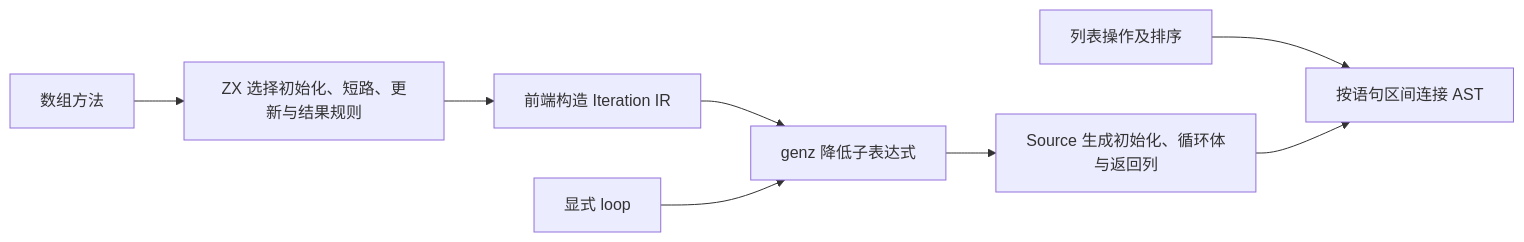
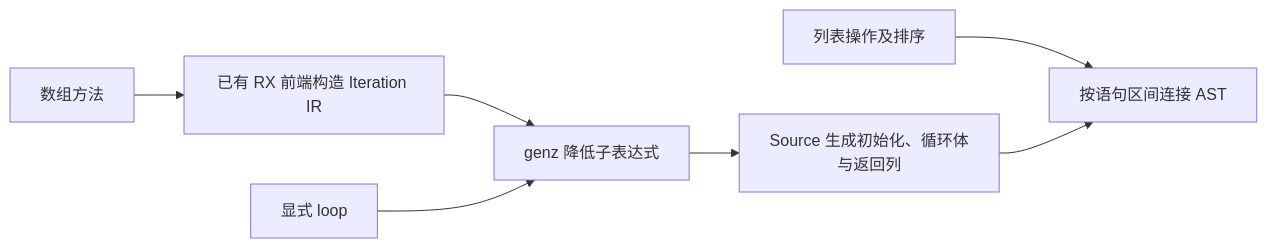
One commit to MatrixAges/zray changed the first of 2 diagrams in docs/2026-11-20/集合与迭代语句直接发布自举.md. Above: the diagram before and after it, drawn with Mermaid. The commit also changed other lines of this file and 13 other files, not shown here.

````diff
--- a/docs/2026-11-20/集合与迭代语句直接发布自举.md
+++ b/docs/2026-11-20/集合与迭代语句直接发布自举.md
@@ -11,10 +11,9 @@
 ```mermaid
 flowchart LR
-    A["数组方法"] --> B["ZX 选择初始化、短路、更新与结果规则"]
-    B --> C["前端构造 Iteration IR"]
+    A["数组方法"] --> C["已有 RX 前端构造 Iteration IR"]
     C --> D["genz 降低子表达式"]
     E["显式 loop"] --> D
     D --> F["Source 生成初始化、循环体与返回列"]
     G["列表操作及排序"] --> H["按语句区间连接 AST"]
     F --> H
 ```
````
